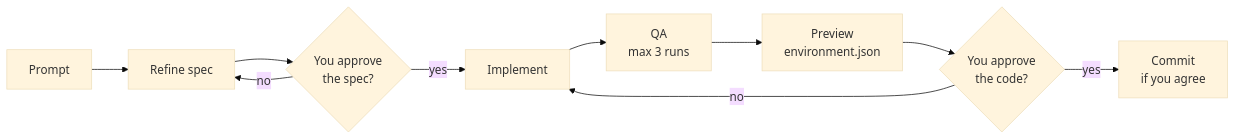
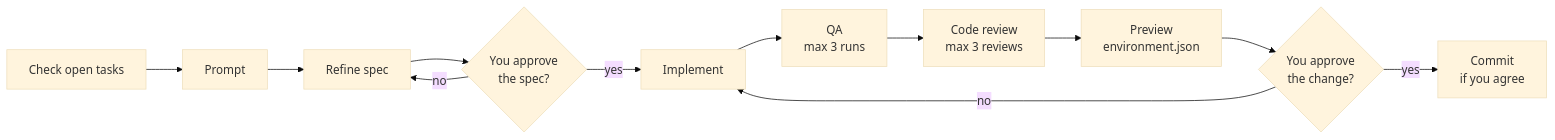
Before and after one commit to Hayko97/cclinic: the fifth of 5 diagrams in SETUP_FLOW.md, drawn with Mermaid (base theme). The commit also changed other lines of this file and 5 other files, not shown here.

Commit message:
docs: rewrite the readme and flow guides, and add the gui flow

````diff
--- a/SETUP_FLOW.md
+++ b/SETUP_FLOW.md
@@ -125,12 +129,14 @@
 ```mermaid
 flowchart LR
-    U[Prompt] --> S[Refine spec]
+    T[Check open tasks] --> U[Prompt]
+    U --> S[Refine spec]
     S --> A1{You approve<br/>the spec?}
     A1 -- no --> S
     A1 -- yes --> I[Implement]
     I --> Q[QA<br/>max 3 runs]
-    Q --> PV[Preview<br/>environment.json]
-    PV --> A2{You approve<br/>the code?}
+    Q --> CR[Code review<br/>max 3 reviews]
+    CR --> PV[Preview<br/>environment.json]
+    PV --> A2{You approve<br/>the change?}
     A2 -- no --> I
     A2 -- yes --> CM[Commit<br/>if you agree]
 ```
````
